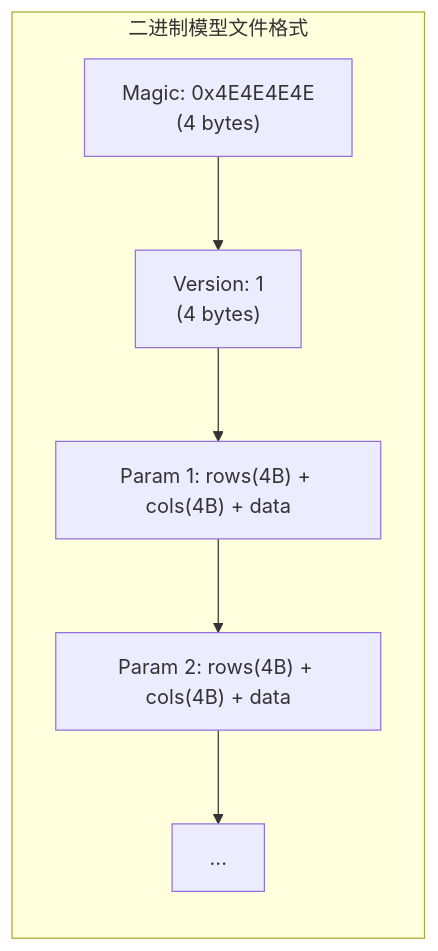
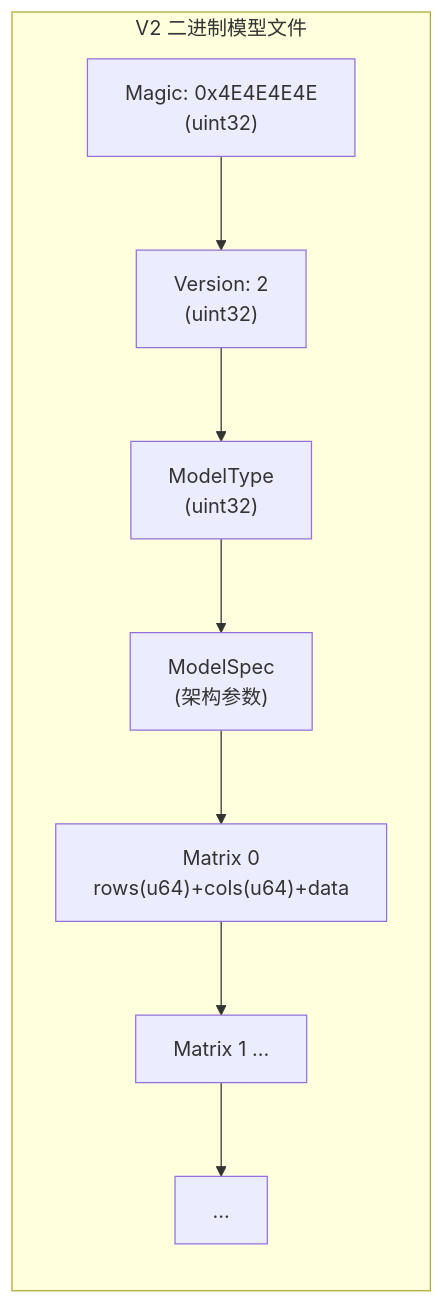
One commit to EthanPeng-2048/neuralnet.cpp changed the tenth of 13 diagrams in ARCHITECTURE.md. Above: the diagram before and after it, drawn with Mermaid. The commit also changed other lines of this file and 22 other files, not shown here.

````diff
--- a/ARCHITECTURE.md
+++ b/ARCHITECTURE.md
@@ -333,9 +335,11 @@
 ```mermaid
 flowchart LR
-    subgraph "二进制模型文件格式"
-        A["Magic: 0x4E4E4E4E<br/>(4 bytes)"] --> B["Version: 1<br/>(4 bytes)"]
-        B --> C["Param 1: rows(4B) + cols(4B) + data"]
-        C --> D["Param 2: rows(4B) + cols(4B) + data"]
-        D --> E["..."]
+    subgraph "V2 二进制模型文件"
+        A["Magic: 0x4E4E4E4E<br/>(uint32)"] --> B["Version: 2<br/>(uint32)"]
+        B --> C["ModelType<br/>(uint32)"]
+        C --> D["ModelSpec<br/>(架构参数)"]
+        D --> E["Matrix 0<br/>rows(u64)+cols(u64)+data"]
+        E --> F["Matrix 1 ..."]
+        F --> G["..."]
     end
 ```
````
